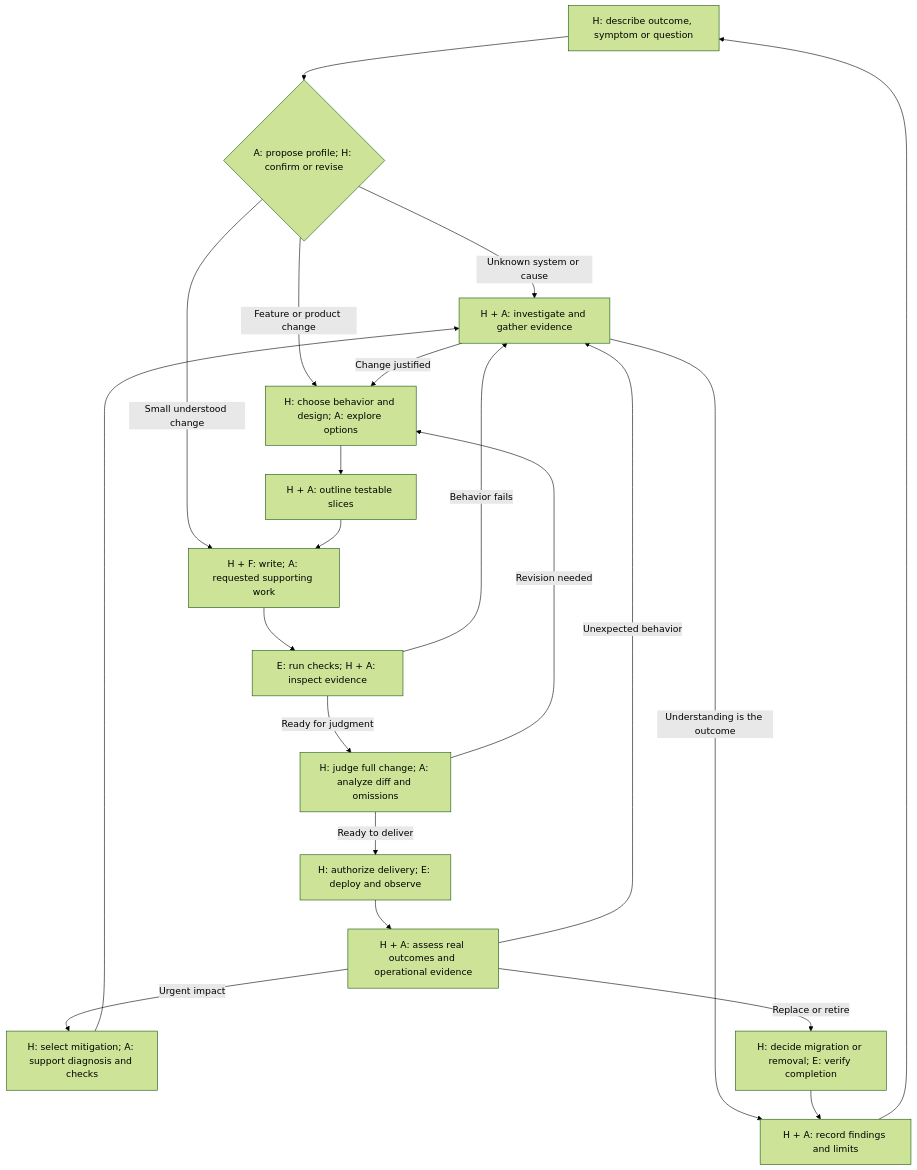
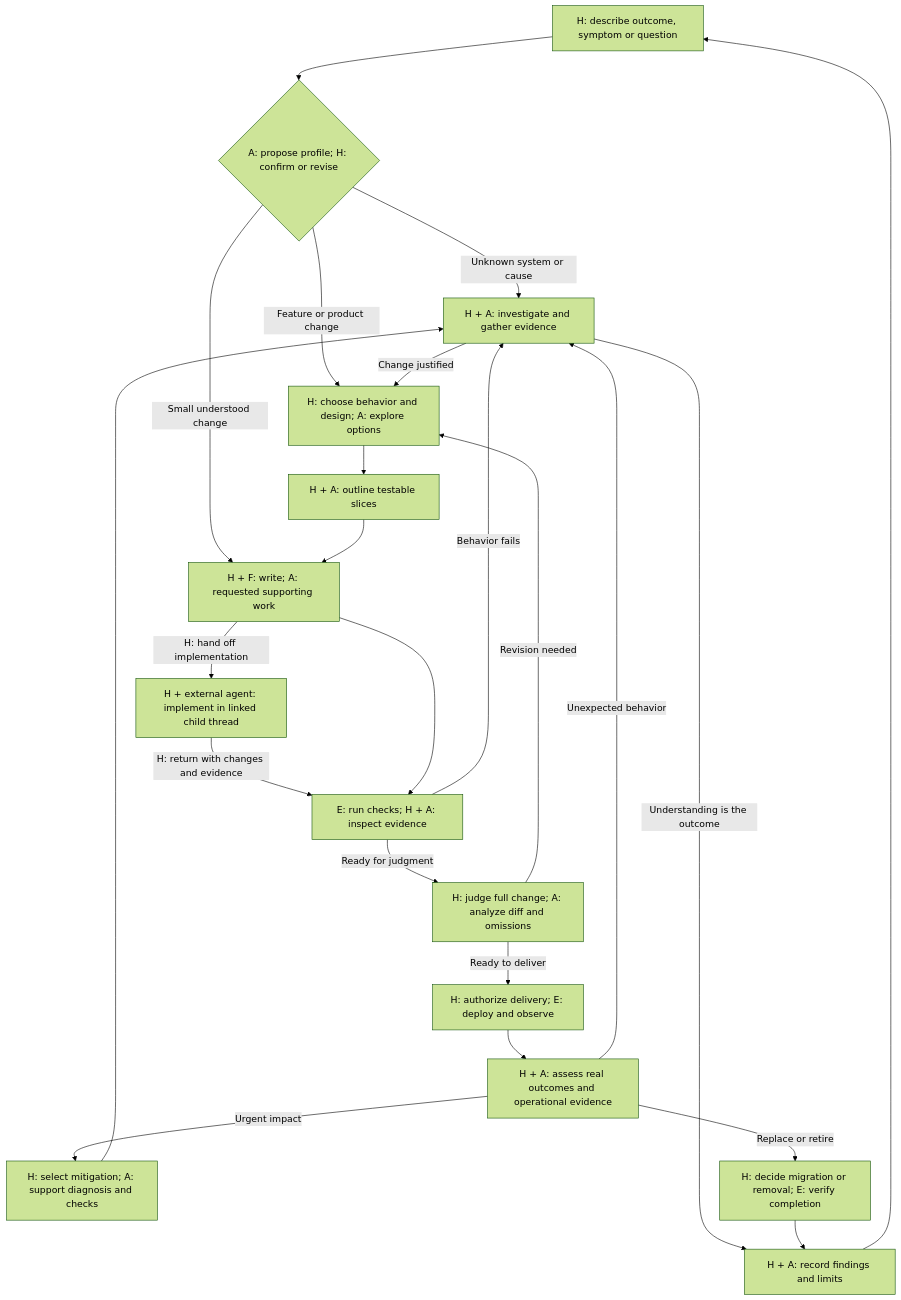
The first of 8 diagrams in docs/development/ahead-workflows.md (Kade-Powell/ahead), drawn with Mermaid (forest theme) before and after one commit. The commit also changed other lines of this file and 82 other files, not shown here.

````diff
--- a/docs/development/ahead-workflows.md
+++ b/docs/development/ahead-workflows.md
@@ -75,23 +111,25 @@
 ```mermaid
 flowchart TD
   Need["H: describe outcome, symptom or question"] --> Kind{"A: propose profile; H: confirm or revise"}
   Kind -->|Unknown system or cause| Investigate["H + A: investigate and gather evidence"]
   Kind -->|Feature or product change| Design["H: choose behavior and design; A: explore options"]
   Kind -->|Small understood change| Write["H + F: write; A: requested supporting work"]
   Investigate -->|Understanding is the outcome| Record["H + A: record findings and limits"]
   Investigate -->|Change justified| Design
   Design --> Outline["H + A: outline testable slices"]
   Outline --> Write
+  Write -->|H: hand off implementation| External["H + external agent: implement in linked child thread"]
+  External -->|H: return with changes and evidence| Verify
   Write --> Verify["E: run checks; H + A: inspect evidence"]
   Verify -->|Behavior fails| Investigate
   Verify -->|Ready for judgment| Review["H: judge full change; A: analyze diff and omissions"]
   Review -->|Revision needed| Design
   Review -->|Ready to deliver| Release["H: authorize delivery; E: deploy and observe"]
   Release --> Operate["H + A: assess real outcomes and operational evidence"]
   Operate -->|Unexpected behavior| Investigate
   Operate -->|Urgent impact| Stabilize["H: select mitigation; A: support diagnosis and checks"]
   Stabilize --> Investigate
   Operate -->|Replace or retire| Retire["H: decide migration or removal; E: verify completion"]
   Retire --> Record
   Record --> Need
 ```
````
